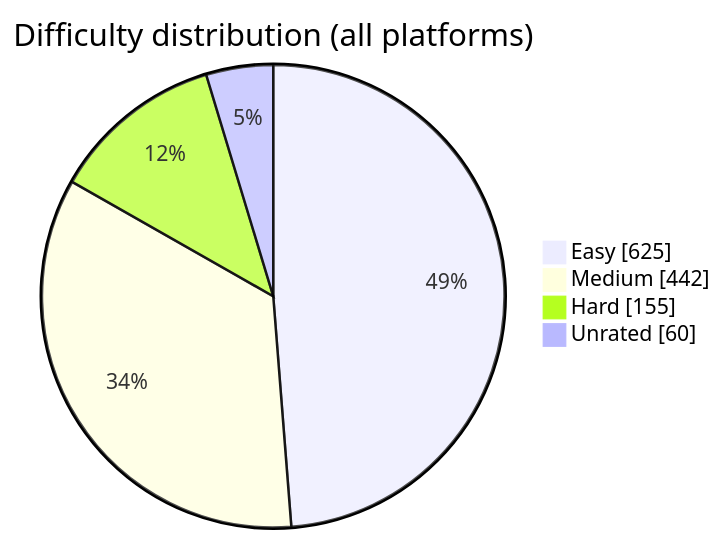
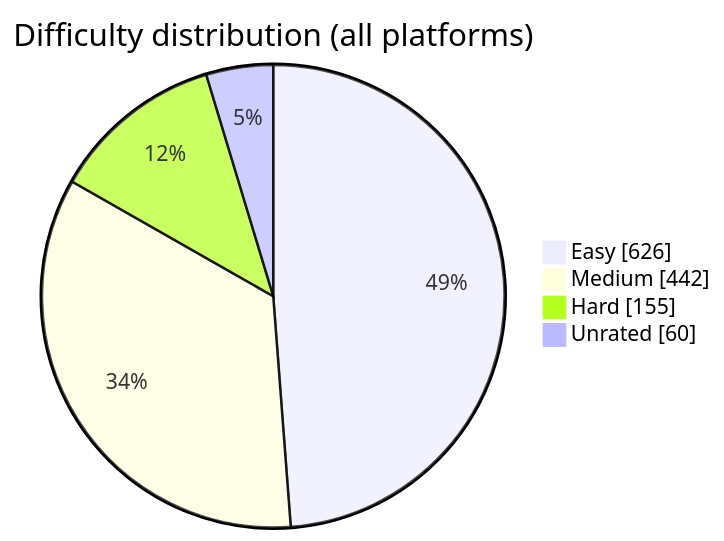
The diagram in README.md (BuildbyArindam/Daily-Coding-Log), drawn with Mermaid before and after one commit. The commit also changed other lines of this file, not shown here.

````diff
--- a/README.md
+++ b/README.md
@@ -93,7 +93,7 @@
 ```mermaid
 pie showData title Difficulty distribution (all platforms)
-    "Easy" : 625
+    "Easy" : 626
     "Medium" : 442
     "Hard" : 155
     "Unrated" : 60
 ```
````
